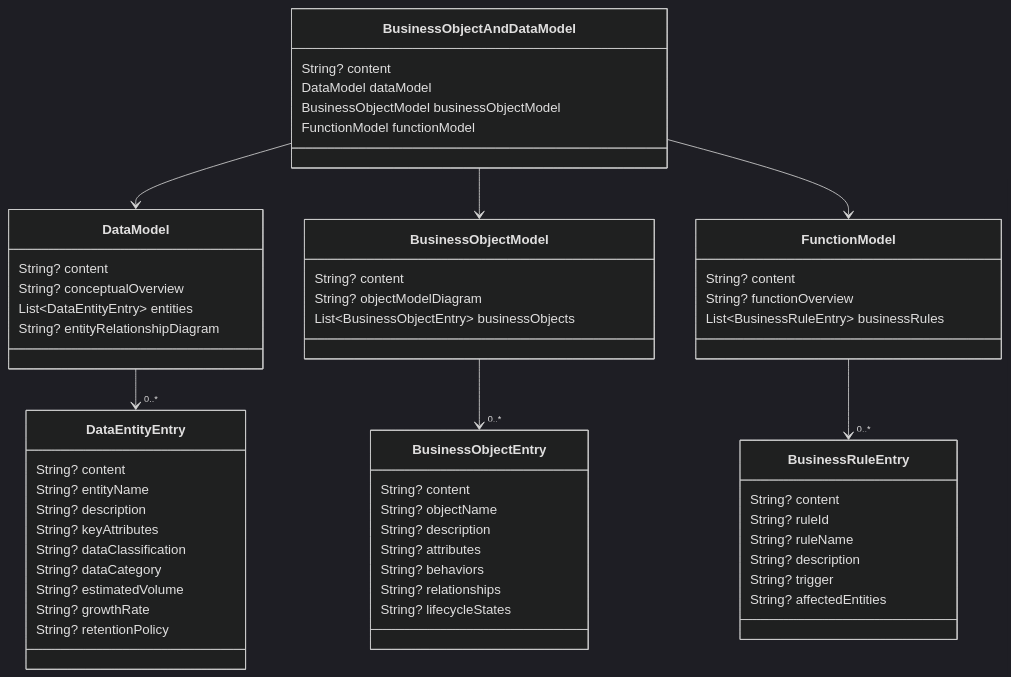
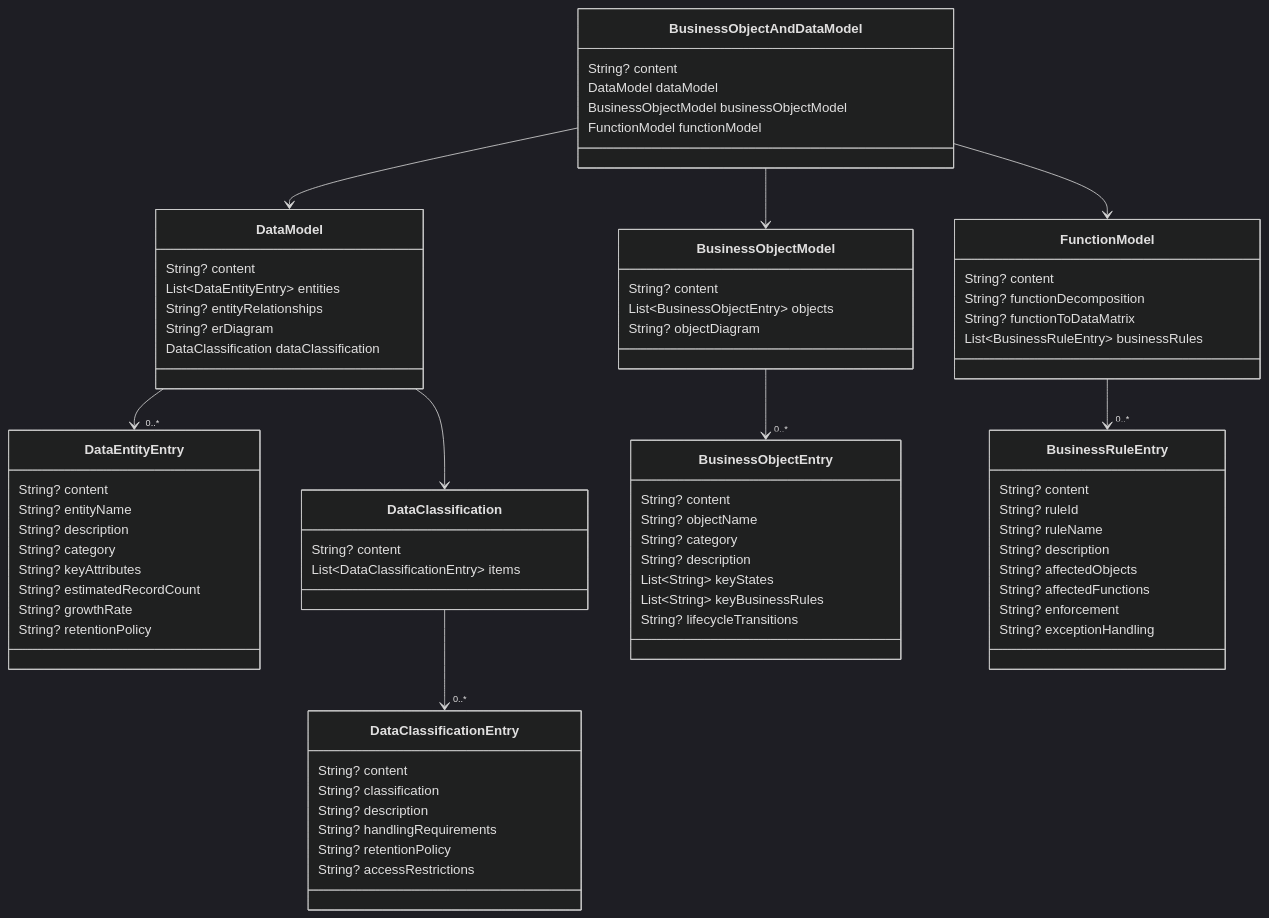
Before and after one commit to al-the-bear/tom_ai_build: diagram 12 of 20 in tom_specs_model/doc/pd_project_definition_model.md, drawn with Mermaid (dark theme). The commit also changed other lines of this file and 7 other files, not shown here.

````diff
--- a/tom_specs_model/doc/pd_project_definition_model.md
+++ b/tom_specs_model/doc/pd_project_definition_model.md
@@ -630,42 +842,57 @@
 
     class DataModel {
         String? content
-        String? conceptualOverview
         List~DataEntityEntry~ entities
-        String? entityRelationshipDiagram
+        String? entityRelationships
+        String? erDiagram
+        DataClassification dataClassification
     }
 
     class DataEntityEntry {
         String? content
         String? entityName
         String? description
+        String? category
         String? keyAttributes
-        String? dataClassification
-        String? dataCategory
-        String? estimatedVolume
+        String? estimatedRecordCount
         String? growthRate
         String? retentionPolicy
     }
 
+    class DataClassification {
+        String? content
+        List~DataClassificationEntry~ items
+    }
+
+    class DataClassificationEntry {
+        String? content
+        String? classification
+        String? description
+        String? handlingRequirements
+        String? retentionPolicy
+        String? accessRestrictions
+    }
+
     class BusinessObjectModel {
         String? content
-        String? objectModelDiagram
-        List~BusinessObjectEntry~ businessObjects
+        List~BusinessObjectEntry~ objects
+        String? objectDiagram
     }
 
     class BusinessObjectEntry {
         String? content
         String? objectName
+        String? category
         String? description
-        String? attributes
-        String? behaviors
-        String? relationships
-        String? lifecycleStates
+        List~String~ keyStates
+        List~String~ keyBusinessRules
+        String? lifecycleTransitions
     }
 
     class FunctionModel {
         String? content
-        String? functionOverview
+        String? functionDecomposition
+        String? functionToDataMatrix
         List~BusinessRuleEntry~ businessRules
     }
 
@@ -674,14 +901,18 @@
         String? ruleId
         String? ruleName
         String? description
-        String? trigger
-        String? affectedEntities
+        String? affectedObjects
+        String? affectedFunctions
+        String? enforcement
+        String? exceptionHandling
     }
 
     BusinessObjectAndDataModel --> DataModel
     BusinessObjectAndDataModel --> BusinessObjectModel
     BusinessObjectAndDataModel --> FunctionModel
     DataModel --> "0..*" DataEntityEntry
+    DataModel --> DataClassification
+    DataClassification --> "0..*" DataClassificationEntry
     BusinessObjectModel --> "0..*" BusinessObjectEntry
     FunctionModel --> "0..*" BusinessRuleEntry
 ```
````
